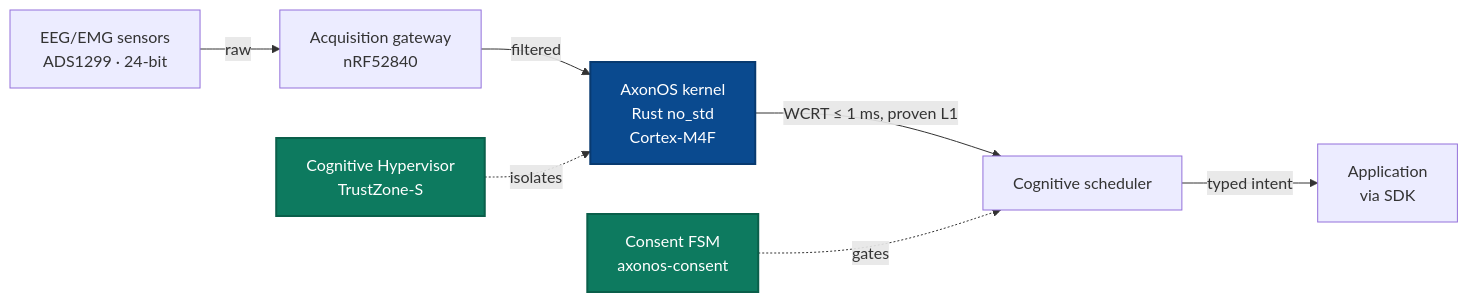
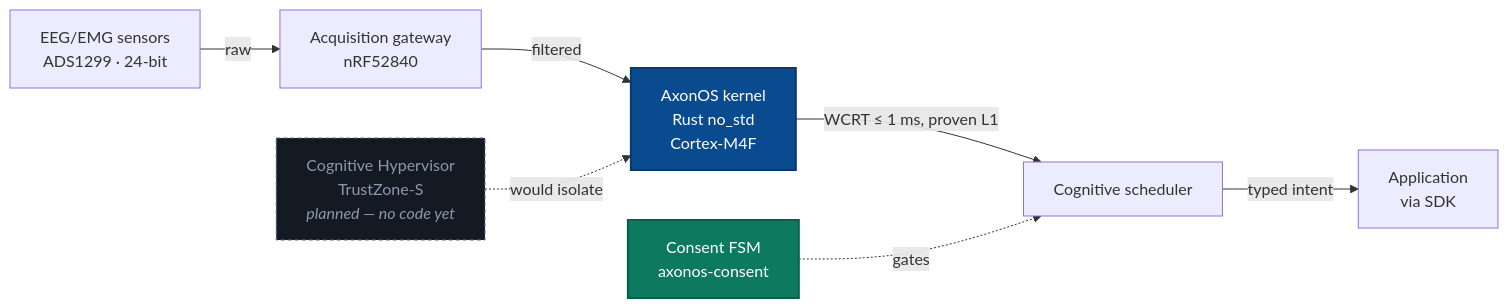
The second of 2 diagrams in profile/README.md (AxonOS-org/.github), drawn with Mermaid before and after one commit.

Commit message:
The diagram claimed an isolation boundary that has no code
Cognitive Hypervisor / TrustZone-S was drawn like every other node, with a
dashed edge saying it isolates the kernel. TrustZone-S appears in no source
file in this organisation. An external reviewer checked and was right.

A diagram is the most-read thing on this page. A node drawn like the built ones
says the mechanism exists, and this one does not — which is the same shape of
claim as the fabricated timing table and the invented utilisation ceiling that
were withdrawn a week ago, in the place where it would be read first.

It stays on the diagram, dimmed and dashed and labelled "planned — no code
yet", because the architecture is real as intent. Removing it would hide a
plan; drawing it as built asserted a boundary. Neither is what a reader needs.

````diff
--- a/profile/README.md
+++ b/profile/README.md
@@ -321,18 +321,25 @@
 ```mermaid
 flowchart LR
     A[EEG/EMG sensors<br/>ADS1299 · 24-bit] -->|raw| B[Acquisition gateway<br/>nRF52840]
     B -->|filtered| C[AxonOS kernel<br/>Rust no_std<br/>Cortex-M4F]
     C -->|WCRT ≤ 1 ms, proven L1| D[Cognitive scheduler]
     D -->|typed intent| E[Application<br/>via SDK]
-    F[Cognitive Hypervisor<br/>TrustZone-S] -.->|isolates| C
+    F["Cognitive Hypervisor<br/>TrustZone-S<br/><i>planned — no code yet</i>"] -.->|"would isolate"| C
     G[Consent FSM<br/>axonos-consent] -.->|gates| D
 
     %% Grey is deliberate here, unlike in the organ diagram above. Colour marks
     %% what AxonOS owns; the sensors, the gateway and the applications are
     %% somebody else's and are left plain on purpose. Filling every node would
     %% delete the only thing this diagram says.
     classDef kernel fill:#0a4a8f,stroke:#083a70,color:#fff,stroke-width:2px
     classDef secure fill:#0d7a5f,stroke:#0a5f4a,color:#fff,stroke-width:2px
+    %% Planned, not built. A diagram is the most-read thing on this page, and a
+    %% node drawn like the others says the mechanism exists. TrustZone-S appears
+    %% in no source file in this organisation — an external reviewer checked and
+    %% was right. Dashed and dimmed, so the diagram stays a map of intent
+    %% without asserting an isolation boundary that is not there.
+    classDef planned fill:#141a23,stroke:#5a6b82,color:#8b98ad,stroke-dasharray:4 3
     class C kernel
-    class F,G secure
+    class G secure
+    class F planned
 ```
````
